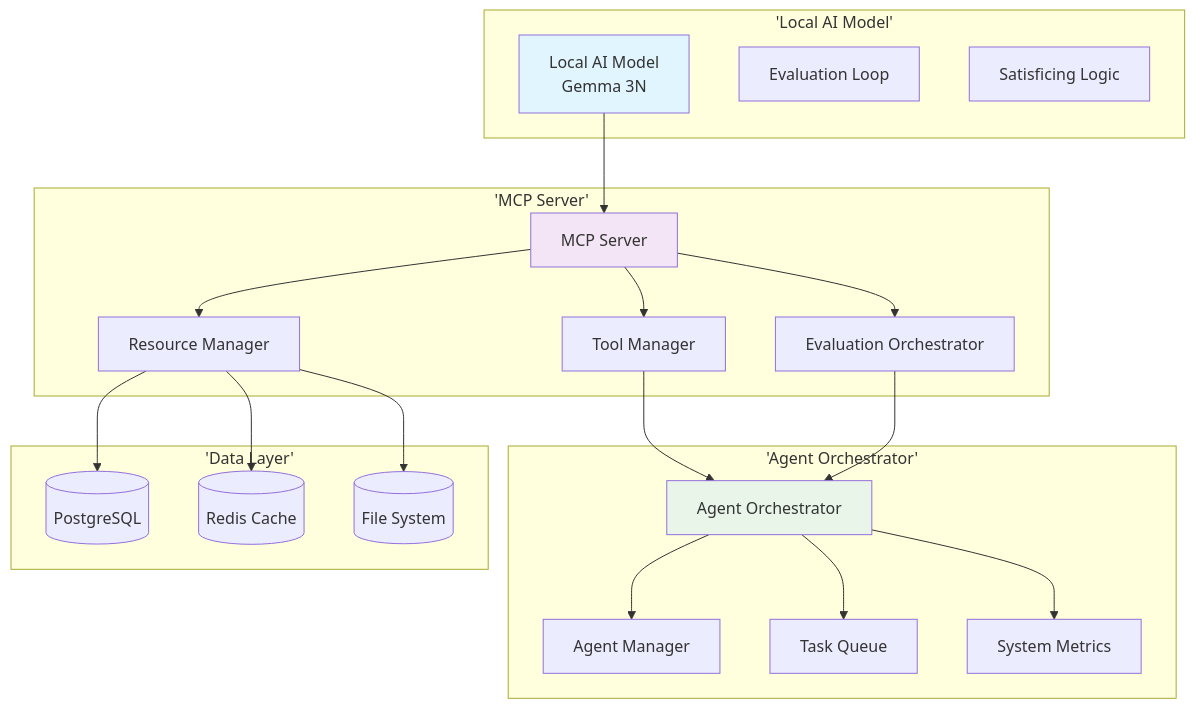
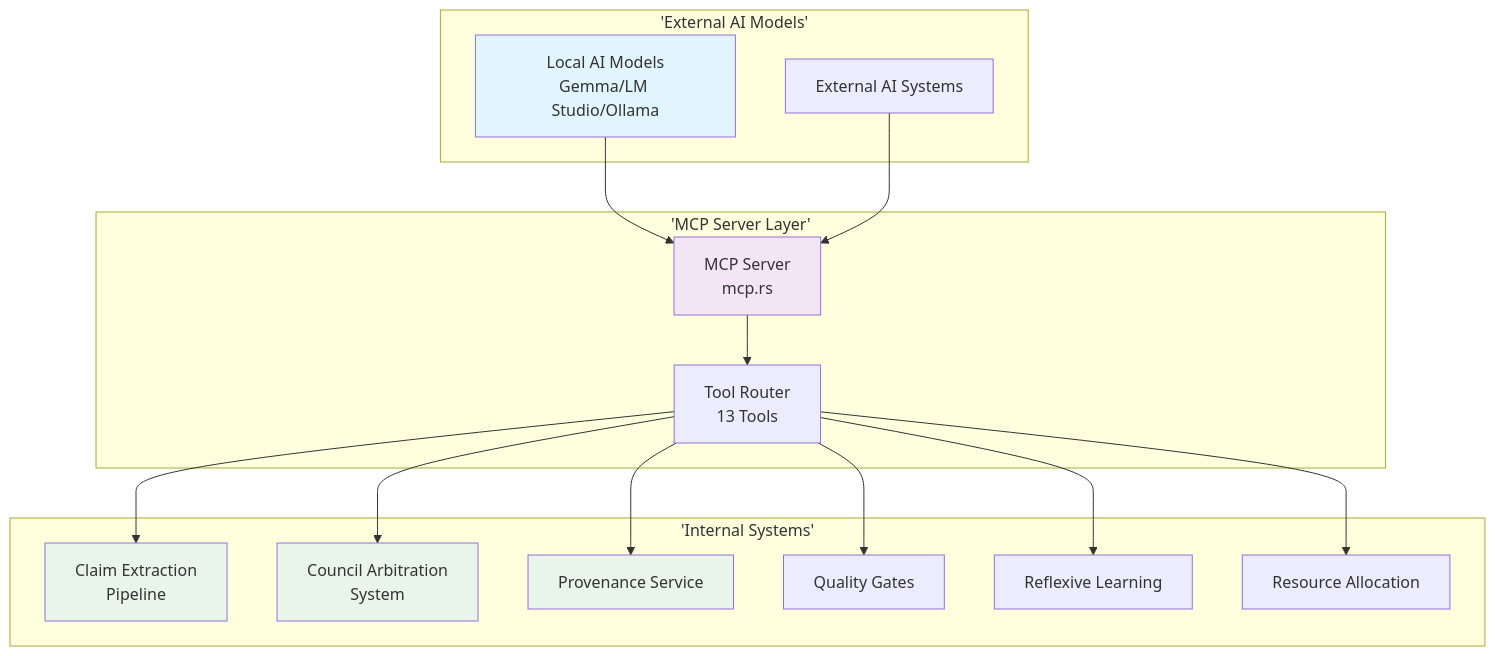
The diagram in docs/MCP/README.md (darianrosebrook/agent-agency), drawn with Mermaid before and after one commit. The commit also changed other lines of this file and 330 other files, not shown here.

````diff
--- a/docs/MCP/README.md
+++ b/docs/MCP/README.md
@@ -19,48 +23,38 @@
 ```mermaid
 graph TB
-    subgraph 'MCP Server'
-        MCS[MCP Server]
-        RM[Resource Manager]
-        TM[Tool Manager]
-        EO[Evaluation Orchestrator]
+    subgraph 'External AI Models'
+        LAM[Local AI Models<br/>Gemma/LM Studio/Ollama]
+        ExtAI[External AI Systems]
     end
 
-    subgraph 'Agent Orchestrator'
-        AO[Agent Orchestrator]
-        AM[Agent Manager]
-        TQ[Task Queue]
-        SM[System Metrics]
+    subgraph 'MCP Server Layer'
+        MCS[MCP Server<br/>mcp.rs]
+        ToolRouter[Tool Router<br/>13 Tools]
     end
 
-    subgraph 'Local AI Model'
-        LAM[Local AI Model<br/>Gemma 3N]
-        EL[Evaluation Loop]
-        SL[Satisficing Logic]
-    end
-
-    subgraph 'Data Layer'
-        PG[(PostgreSQL)]
-        RD[(Redis Cache)]
-        FS[(File System)]
+    subgraph 'Internal Systems'
+        ClaimSys[Claim Extraction<br/>Pipeline]
+        CouncilSys[Council Arbitration<br/>System]
+        ProvenanceSys[Provenance Service]
+        QualitySys[Quality Gates]
+        ReflexiveSys[Reflexive Learning]
+        ResourceSys[Resource Allocation]
     end
 
     LAM --> MCS
-    MCS --> RM
-    MCS --> TM
-    MCS --> EO
+    ExtAI --> MCS
+    MCS --> ToolRouter
 
-    AO --> AM
-    AO --> TQ
-    AO --> SM
-
-    RM --> PG
-    RM --> RD
-    RM --> FS
-
-    TM --> AO
-    EO --> AO
+    ToolRouter --> ClaimSys
+    ToolRouter --> CouncilSys
+    ToolRouter --> ProvenanceSys
+    ToolRouter --> QualitySys
+    ToolRouter --> ReflexiveSys
+    ToolRouter --> ResourceSys
 
     style LAM fill:#e1f5fe
     style MCS fill:#f3e5f5
-    style AO fill:#e8f5e8
+    style ClaimSys fill:#e8f5e8
+    style CouncilSys fill:#e8f5e8
+    style ProvenanceSys fill:#e8f5e8
 ```
````
